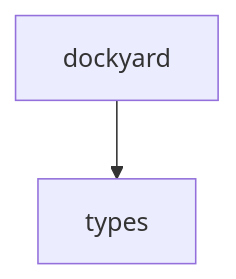
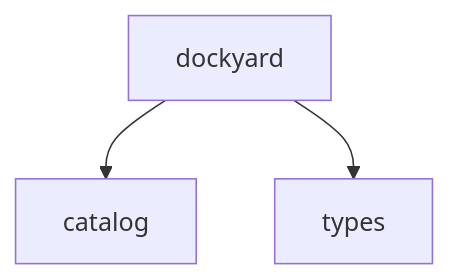
One commit to Tai-trinh/skock changed the diagram in diagrams/rust/architecture/dockyard.md. Above: the diagram before and after it, drawn with Mermaid. The commit also changed 10 other files, not shown here.

````diff
--- a/diagrams/rust/architecture/dockyard.md
+++ b/diagrams/rust/architecture/dockyard.md
@@ -3,6 +3,8 @@
 ```mermaid
 flowchart TD
     dockyard["dockyard"]
+    catalog["catalog"]
+    dockyard --> catalog
     types["types"]
     dockyard --> types
 ```
````
